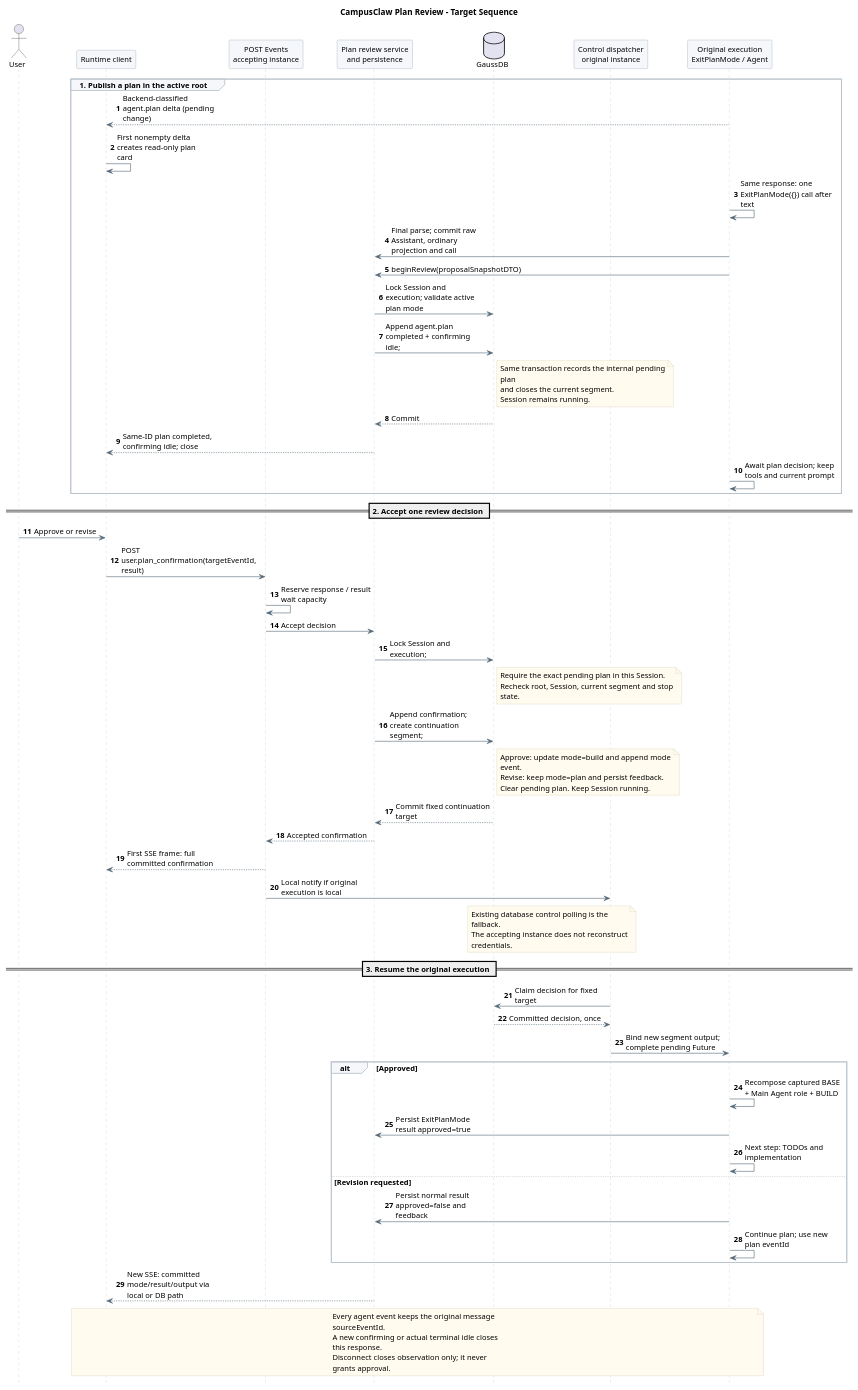
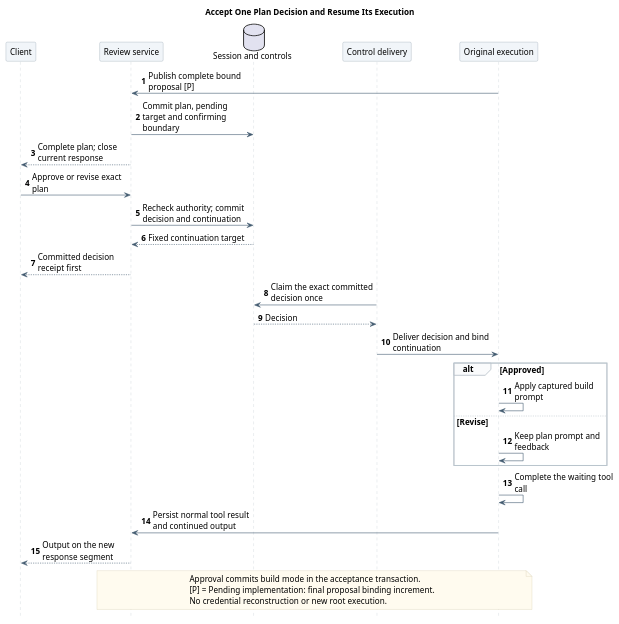
The second of 7 diagrams in 01-总体架构/06-CampusClaw计划模式/diagram.puml (ssm0808/pi-mono-java-design), drawn with PlantUML before and after one commit. The commit also changed other lines of this file and 120 other files, not shown here.

Commit message:
docs(diagrams): 统一全仓职责级时序图表达与校验

```diff
--- a/01-总体架构/06-CampusClaw计划模式/diagram.puml
+++ b/01-总体架构/06-CampusClaw计划模式/diagram.puml
@@ -336,102 +336,56 @@
 @startuml plan_mode_review_sequence
-skinparam backgroundColor white
-skinparam defaultFontName SansSerif
-skinparam defaultFontSize 13
-skinparam shadowing false
-skinparam sequenceMessageAlign left
-skinparam maxMessageSize 165
-skinparam sequenceArrowColor #526777
-skinparam sequenceLifeLineBorderColor #BAC4CC
-skinparam sequenceParticipantBackgroundColor #F5F7FA
-skinparam sequenceParticipantBorderColor #8496A4
-skinparam sequenceGroupBackgroundColor #F5F7FA
-skinparam sequenceGroupBorderColor #BAC4CC
-skinparam noteBackgroundColor #FFFBEF
-skinparam noteBorderColor #D2C6A5
-hide footbox
-autonumber
 ' Source baseline: pi-mono-java 09b32d8ea4a4b43b34be302d8b2745bdc417c9a2.
 ' Source: modules/coding-agent-cli/src/main/java/com/campusclaw/codingagent/runtimeapi/event/RuntimeControlEventService.java :: accept.
 ' Source: modules/coding-agent-cli/src/main/java/com/campusclaw/codingagent/runtimeapi/persistence/MyBatisRuntimeExecutionControlRepository.java :: markConfirming, acceptConfirmation, claimConfirmation.
 ' Source: modules/coding-agent-cli/src/main/java/com/campusclaw/codingagent/runtimeapi/runtime/RuntimeSessionControlDispatcher.java :: dispatchConfirmation.
 ' Observed behavior: tool confirmation closes one response and resumes through a new fixed segment.
 ' Design reason: plan review reuses this transport and durable handoff.
 ' Java divergence: immutable plan event identity is the approval target; tool permissions remain separate.
-title CampusClaw Plan Review - Target Sequence
-actor User
-participant "Runtime client" as UI
-participant "POST Events\naccepting instance" as API
-participant "Plan review service\nand persistence" as Service
-database GaussDB as DB
-participant "Control dispatcher\noriginal instance" as Dispatcher
-participant "Original execution\nExitPlanMode / Agent" as Agent
+' Presentation: one responsibility-level scenario; implementation details remain in the linked document.
+skinparam backgroundColor white
+skinparam defaultFontName SansSerif
+skinparam defaultFontSize 14
+skinparam shadowing false
+skinparam sequenceMessageAlign left
+skinparam maxMessageSize 180
+skinparam sequenceArrowColor #425B70
+skinparam sequenceLifeLineBorderColor #BAC4CC
+skinparam sequenceParticipantBackgroundColor #F1F5F9
+skinparam sequenceParticipantBorderColor #8496A4
+skinparam sequenceGroupBackgroundColor #FAFBFC
+skinparam sequenceGroupBorderColor #BAC4CC
+skinparam noteBackgroundColor #FFFBEF
+skinparam noteBorderColor #D2C6A5
+hide footbox
+autonumber
 
-group 1. Publish a plan in the active root
-  Agent --> UI : Backend-classified agent.plan delta (pending change)
-  UI -> UI : First nonempty delta creates read-only plan card
-  Agent -> Agent : Same response: one ExitPlanMode({}) call after text
-  Agent -> Service : Final parse; commit raw Assistant, ordinary projection and call
-  Agent -> Service : beginReview(proposalSnapshotDTO)
-  Service -> DB : Lock Session and execution; validate active plan mode
-  Service -> DB : Append agent.plan completed + confirming idle;
-  note right of DB
-  Same transaction records the internal pending
-  plan
-  and closes the current segment.
-  Session remains running.
-  end note
-  DB --> Service : Commit
-  Service --> UI : Same-ID plan completed, confirming idle; close
-  Agent -> Agent : Await plan decision; keep tools and current prompt
+title Accept One Plan Decision and Resume Its Execution
+participant Client
+participant "Review service" as Review
+database "Session and controls" as DB
+participant "Control delivery" as Dispatch
+participant "Original execution" as Agent
+Agent -> Review : Publish complete bound proposal [P]
+Review -> DB : Commit plan, pending target and confirming boundary
+Review --> Client : Complete plan; close current response
+Client -> Review : Approve or revise exact plan
+Review -> DB : Recheck authority; commit decision and continuation
+DB --> Review : Fixed continuation target
+Review --> Client : Committed decision receipt first
+Dispatch -> DB : Claim the exact committed decision once
+DB --> Dispatch : Decision
+Dispatch -> Agent : Deliver decision and bind continuation
+alt Approved
+  Agent -> Agent : Apply captured build prompt
+else Revise
+  Agent -> Agent : Keep plan prompt and feedback
 end
-
-== 2. Accept one review decision ==
-User -> UI : Approve or revise
-UI -> API : POST user.plan_confirmation(targetEventId, result)
-API -> API : Reserve response / result wait capacity
-API -> Service : Accept decision
-Service -> DB : Lock Session and execution;
-note right of DB
-  Require the exact pending plan in this Session.
-  Recheck root, Session, current segment and stop
-  state.
-end note
-Service -> DB : Append confirmation; create continuation segment;
-note right of DB
-  Approve: update mode=build and append mode
-  event.
-  Revise: keep mode=plan and persist feedback.
-  Clear pending plan. Keep Session running.
-end note
-DB --> Service : Commit fixed continuation target
-Service --> API : Accepted confirmation
-API --> UI : First SSE frame: full committed confirmation
-API -> Dispatcher : Local notify if original execution is local
-note over DB,Dispatcher
-  Existing database control polling is the
-  fallback.
-  The accepting instance does not reconstruct
-  credentials.
-end note
-== 3. Resume the original execution ==
-Dispatcher -> DB : Claim decision for fixed target
-DB --> Dispatcher : Committed decision, once
-Dispatcher -> Agent : Bind new segment output; complete pending Future
-alt Approved
-  Agent -> Agent : Recompose captured BASE + Main Agent role + BUILD
-  Agent -> Service : Persist ExitPlanMode result approved=true
-  Agent -> Agent : Next step: TODOs and implementation
-else Revision requested
-  Agent -> Service : Persist normal result approved=false and feedback
-  Agent -> Agent : Continue plan; use new plan eventId
-end
-Service --> UI : New SSE: committed mode/result/output via local or DB path
-note over UI,Agent
-  Every agent event keeps the original message
-  sourceEventId.
-  A new confirming or actual terminal idle closes
-  this response.
-  Disconnect closes observation only; it never
-  grants approval.
+Agent -> Agent : Complete the waiting tool call
+Agent -> Review : Persist normal tool result and continued output
+Review --> Client : Output on the new response segment
+note over Review,Agent
+  Approval commits build mode in the acceptance transaction.
+  [P] = Pending implementation: final proposal binding increment.
+  No credential reconstruction or new root execution.
 end note
 @enduml
```
